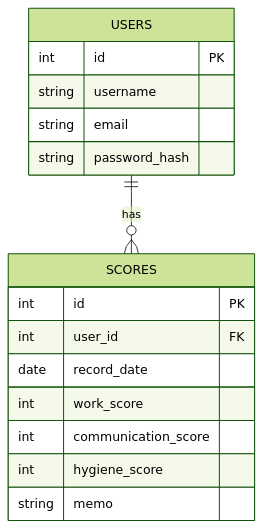
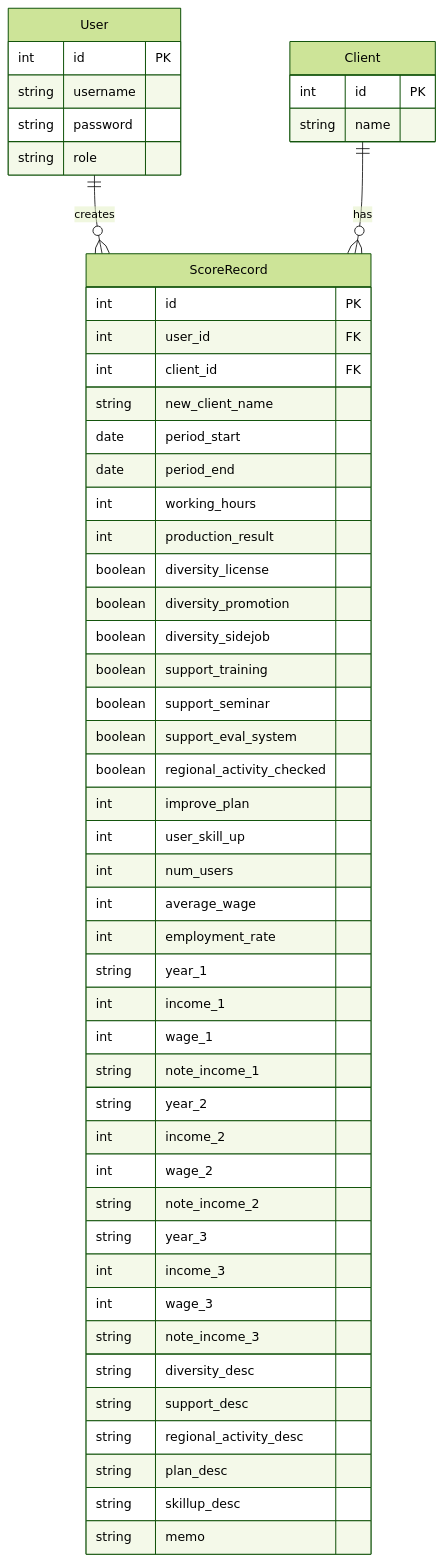
Before and after one commit to knightbook/Employment-Support-Score-Management-System: the diagram in docs/spec/er_diagram.md, drawn with Mermaid (forest theme). The commit also changed 7 other files, not shown here.

Commit message:
データベースの実装とER図修正

````diff
--- a/docs/spec/er_diagram.md
+++ b/docs/spec/er_diagram.md
@@ -1,19 +1,58 @@
 ```mermaid
 erDiagram
-    USERS ||--o{ SCORES : has
-    USERS {
+    User ||--o{ ScoreRecord : creates
+    Client ||--o{ ScoreRecord : has
+
+    User {
         int id PK
         string username
-        string email
-        string password_hash
+        string password
+        string role
     }
-    SCORES {
+
+    Client {
+        int id PK
+        string name
+    }
+
+    ScoreRecord {
         int id PK
         int user_id FK
-        date record_date
-        int work_score
-        int communication_score
-        int hygiene_score
+        int client_id FK
+        string new_client_name
+        date period_start
+        date period_end
+        int working_hours
+        int production_result
+        boolean diversity_license
+        boolean diversity_promotion
+        boolean diversity_sidejob
+        boolean support_training
+        boolean support_seminar
+        boolean support_eval_system
+        boolean regional_activity_checked
+        int improve_plan
+        int user_skill_up
+        int num_users
+        int average_wage
+        int employment_rate
+        string year_1
+        int income_1
+        int wage_1
+        string note_income_1
+        string year_2
+        int income_2
+        int wage_2
+        string note_income_2
+        string year_3
+        int income_3
+        int wage_3
+        string note_income_3
+        string diversity_desc
+        string support_desc
+        string regional_activity_desc
+        string plan_desc
+        string skillup_desc
         string memo
     }
 ```
````
